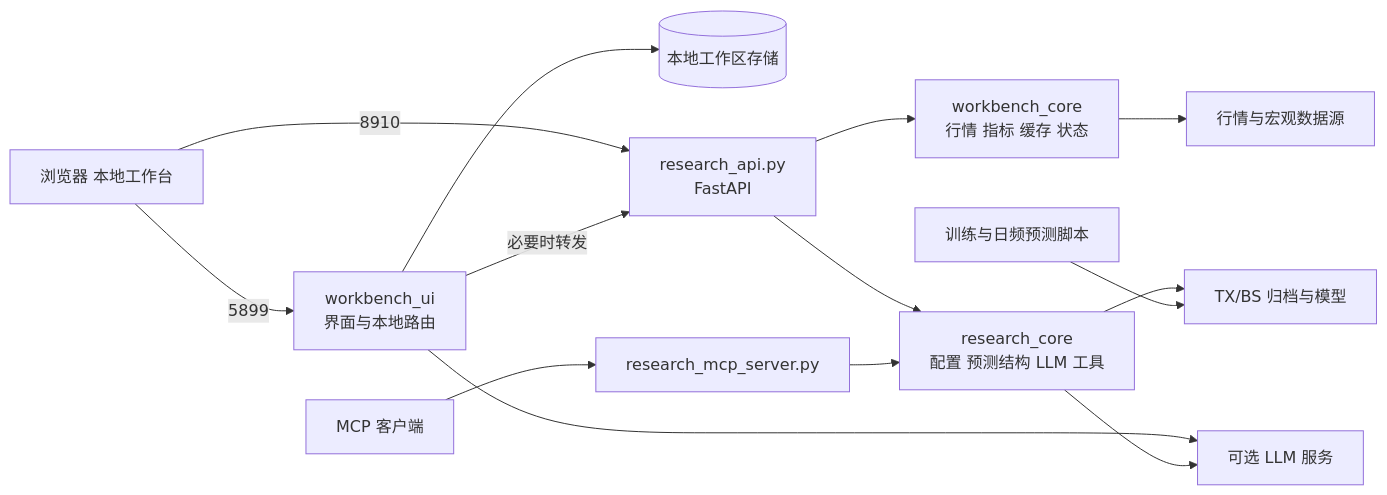
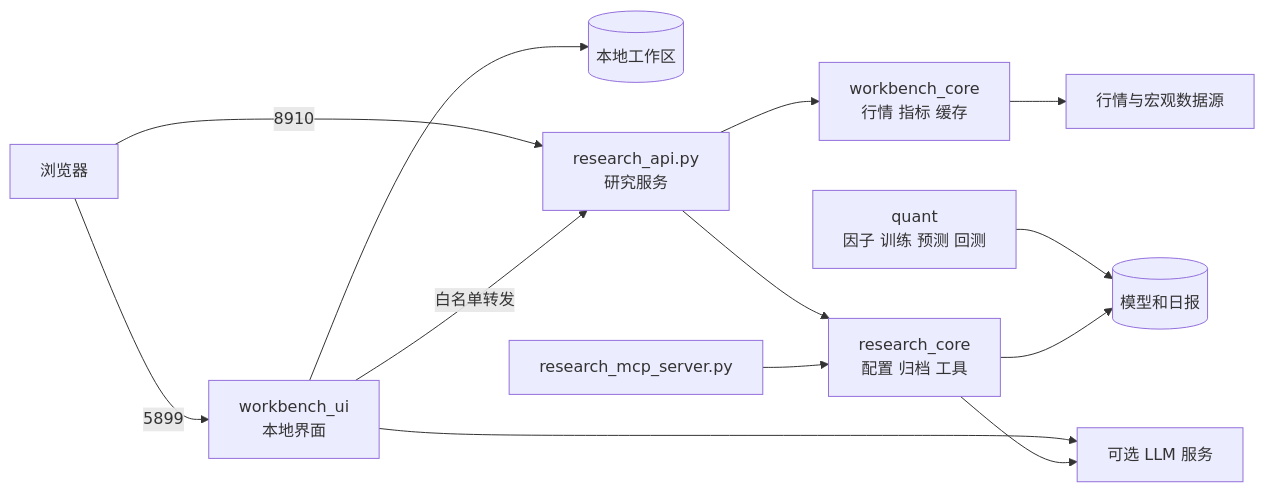
The diagram in README.md (MottoZ123/dualalpha-lite), drawn with Mermaid before and after one commit. The commit also changed other lines of this file and 51 other files, not shown here.

````diff
--- a/README.md
+++ b/README.md
@@ -20,16 +19,15 @@
 ```mermaid
 flowchart LR
-  B[浏览器 本地工作台] -->|5899| U[workbench_ui\n界面与本地路由]
-  U --> W[(本地工作区存储)]
-  B -->|8910| A[research_api.py\nFastAPI]
-  U -->|必要时转发| A
-  A --> C[workbench_core\n行情 指标 缓存 状态]
-  A --> R[research_core\n配置 预测结构 LLM 工具]
-  C --> D[行情与宏观数据源]
-  R --> H[TX/BS 归档与模型]
-  T[训练与日频预测脚本] --> H
-  U --> L[可选 LLM 服务]
-  R --> L
-  M[MCP 客户端] --> P[research_mcp_server.py]
-  P --> R
+  Browser[浏览器] -->|5899| UI[workbench_ui<br/>本地界面]
+  UI --> LocalDB[(本地工作区)]
+  Browser -->|8910| API[research_api.py<br/>研究服务]
+  UI -->|白名单转发| API
+  API --> Core[workbench_core<br/>行情 指标 缓存]
+  API --> Research[research_core<br/>配置 归档 工具]
+  Core --> Sources[行情与宏观数据源]
+  Quant[quant<br/>因子 训练 预测 回测] --> Artifacts[(模型和日报)]
+  Research --> Artifacts
+  UI --> LLM[可选 LLM 服务]
+  Research --> LLM
+  MCP[research_mcp_server.py] --> Research
 ```
````
